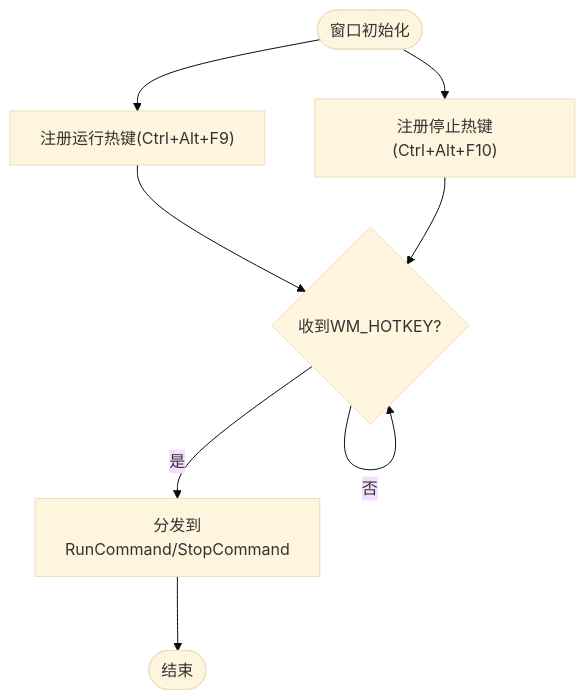
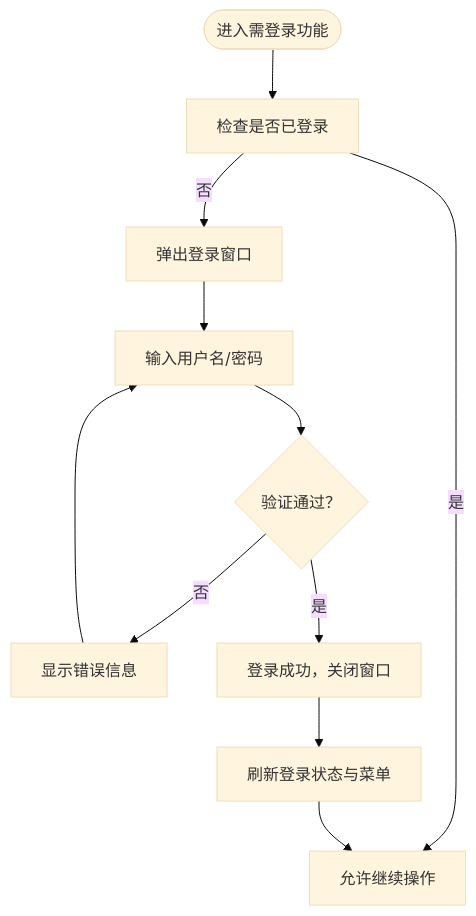
Before and after one commit to yooxii/ShaoLuAuto: the third of 7 diagrams in .qoder/repowiki/zh/content/快速开始.md, drawn with Mermaid (base theme). The commit also changed other lines of this file and 213 other files, not shown here.

````diff
--- a/.qoder/repowiki/zh/content/快速开始.md
+++ b/.qoder/repowiki/zh/content/快速开始.md
@@ -141,10 +159,13 @@
 ```mermaid
 flowchart TD
-Start(["窗口初始化"]) --> RegStart["注册运行热键(Ctrl+Alt+F9)"]
-Start --> RegStop["注册停止热键(Ctrl+Alt+F10)"]
-RegStart --> WaitKey{"收到WM_HOTKEY?"}
-RegStop --> WaitKey
-WaitKey --> |是| Dispatch["分发到RunCommand/StopCommand"]
-WaitKey --> |否| WaitKey
-Dispatch --> End(["结束"])
+Start(["进入需登录功能"]) --> Check["检查是否已登录"]
+Check --> |是| Allow["允许继续操作"]
+Check --> |否| ShowLogin["弹出登录窗口"]
+ShowLogin --> Input["输入用户名/密码"]
+Input --> Validate{"验证通过？"}
+Validate --> |否| Error["显示错误信息"]
+Error --> Input
+Validate --> |是| Success["登录成功，关闭窗口"]
+Success --> Refresh["刷新登录状态与菜单"]
+Refresh --> Allow
 ```
````
